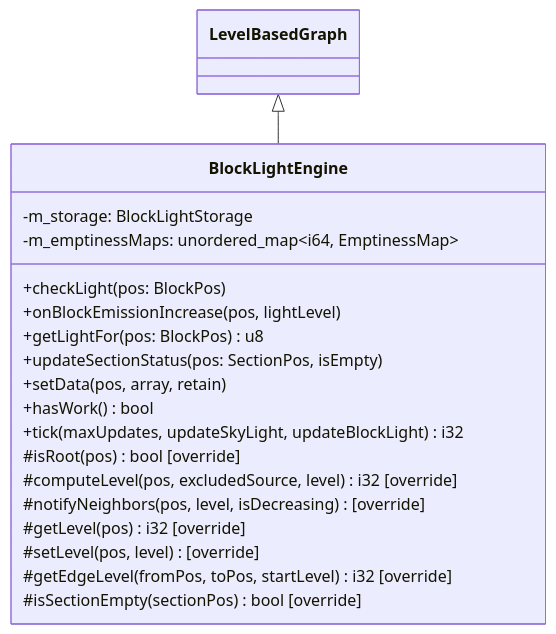
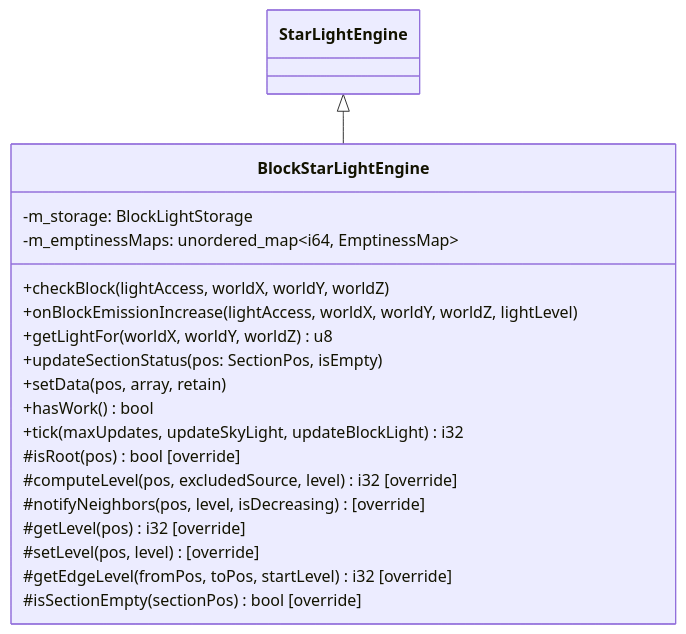
The second of 6 diagrams in src/common/world/lighting/engine/README.md (g122622/Cubium), drawn with Mermaid before and after one commit. The commit also changed other lines of this file and 29 other files, not shown here.

````diff
--- a/src/common/world/lighting/engine/README.md
+++ b/src/common/world/lighting/engine/README.md
@@ -85,24 +86,24 @@
 ```mermaid
 classDiagram
-    LevelBasedGraph <|-- BlockLightEngine
-    class BlockLightEngine {
+    StarLightEngine <|-- BlockStarLightEngine
+    class BlockStarLightEngine {
         -m_storage: BlockLightStorage
         -m_emptinessMaps: unordered_map~i64, EmptinessMap~
 
-        +checkLight(pos: BlockPos)
-        +onBlockEmissionIncrease(pos, lightLevel)
-        +getLightFor(pos: BlockPos) u8
+        +checkBlock(lightAccess, worldX, worldY, worldZ)
+        +onBlockEmissionIncrease(lightAccess, worldX, worldY, worldZ, lightLevel)
+        +getLightFor(worldX, worldY, worldZ) u8
         +updateSectionStatus(pos: SectionPos, isEmpty)
         +setData(pos, array, retain)
         +hasWork() bool
         +tick(maxUpdates, updateSkyLight, updateBlockLight) i32
 
         #isRoot(pos) bool [override]
         #computeLevel(pos, excludedSource, level) i32 [override]
         #notifyNeighbors(pos, level, isDecreasing) [override]
         #getLevel(pos) i32 [override]
         #setLevel(pos, level) [override]
         #getEdgeLevel(fromPos, toPos, startLevel) i32 [override]
         #isSectionEmpty(sectionPos) bool [override]
     }
 ```
````
